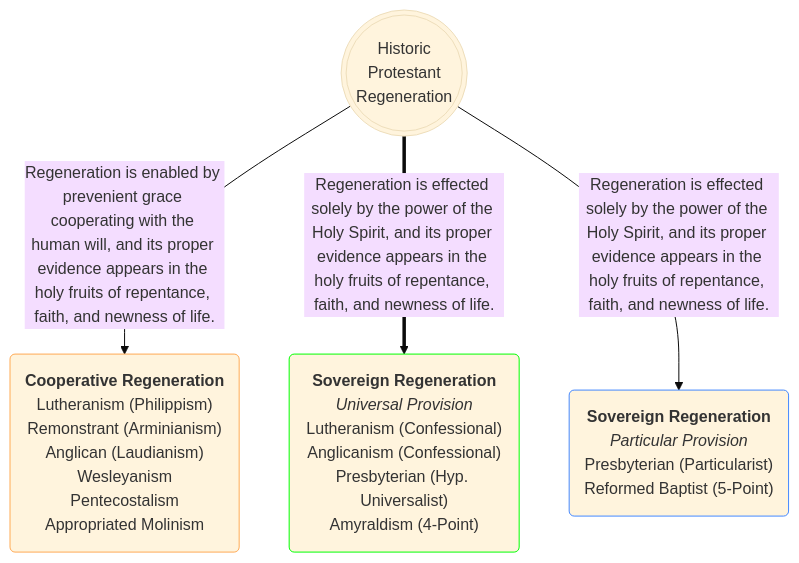
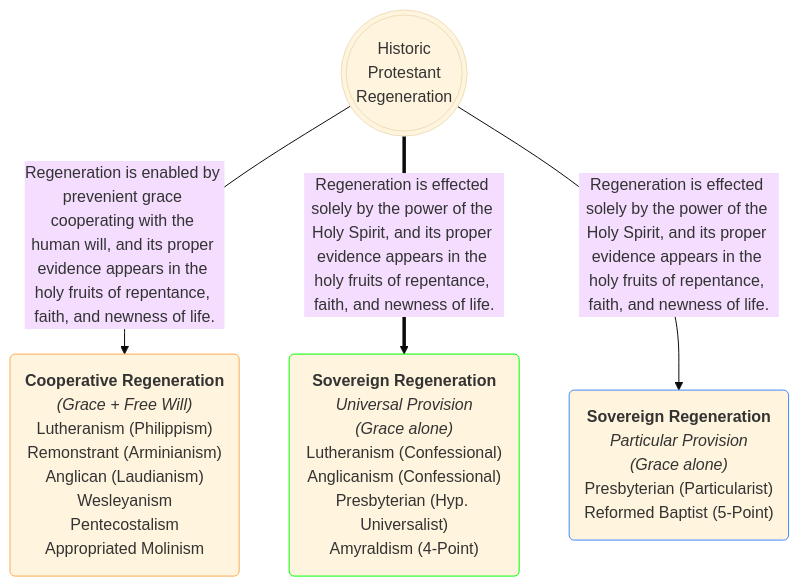
Before and after one commit to OrdoLuminis/ordoluminis.github.io: the second of 5 diagrams in _posts/2025-08-03-historic-protestant-position.markdown, drawn with Mermaid (base theme). The commit also changed other lines of this file, not shown here.

````diff
--- a/_posts/2025-08-03-historic-protestant-position.markdown
+++ b/_posts/2025-08-03-historic-protestant-position.markdown
@@ -92,10 +92,10 @@
 ```mermaid
 flowchart TD
     A(((Historic<br>Protestant<br>Regeneration)))
-    A -->|Regeneration is enabled by prevenient grace cooperating with the human will, and its proper evidence appears in the holy fruits of repentance, faith, and newness of life.| H(<strong>Cooperative Regeneration</strong><br>Lutheranism &lpar;Philippism&rpar;<br>Remonstrant &lpar;Arminianism&rpar;<br>Anglican &lpar;Laudianism&rpar;<br>Wesleyanism<br>Pentecostalism<br>Appropriated Molinism):::orange
-    A ==>|Regeneration is effected solely by the power of the Holy Spirit, and its proper evidence appears in the holy fruits of repentance, faith, and newness of life.| G(<strong>Sovereign Regeneration</strong><br><em>Universal Provision</em><br>Lutheranism &lpar;Confessional&rpar;<br>Anglicanism &lpar;Confessional&rpar;<br>Presbyterian &lpar;Hyp. Universalist&rpar;<br>Amyraldism &lpar;4-Point&rpar;):::green
-    A -->|Regeneration is effected solely by the power of the Holy Spirit, and its proper evidence appears in the holy fruits of repentance, faith, and newness of life.| P(<strong>Sovereign Regeneration</strong><br><em>Particular Provision</em><br>Presbyterian &lpar;Particularist&rpar;<br>Reformed Baptist &lpar;5-Point&rpar;):::blue
+    A -->|Regeneration is enabled by prevenient grace cooperating with the human will, and its proper evidence appears in the holy fruits of repentance, faith, and newness of life.| H(<strong>Cooperative Regeneration</strong><em><br>&lpar;Grace + Free Will&rpar;</em><br>Lutheranism &lpar;Philippism&rpar;<br>Remonstrant &lpar;Arminianism&rpar;<br>Anglican &lpar;Laudianism&rpar;<br>Wesleyanism<br>Pentecostalism<br>Appropriated Molinism):::orange
+    A ==>|Regeneration is effected solely by the power of the Holy Spirit, and its proper evidence appears in the holy fruits of repentance, faith, and newness of life.| G(<strong>Sovereign Regeneration</strong><br><em>Universal Provision<br>&lpar;Grace alone&rpar;</em><br>Lutheranism &lpar;Confessional&rpar;<br>Anglicanism &lpar;Confessional&rpar;<br>Presbyterian &lpar;Hyp. Universalist&rpar;<br>Amyraldism &lpar;4-Point&rpar;):::green
+    A -->|Regeneration is effected solely by the power of the Holy Spirit, and its proper evidence appears in the holy fruits of repentance, faith, and newness of life.| P(<strong>Sovereign Regeneration</strong><br><em>Particular Provision<br>&lpar;Grace alone&rpar;</em><br>Presbyterian &lpar;Particularist&rpar;<br>Reformed Baptist &lpar;5-Point&rpar;):::blue
     classDef green stroke:#0f0
     classDef orange stroke:#fa5
     classDef blue stroke:#48f
 ```
````
